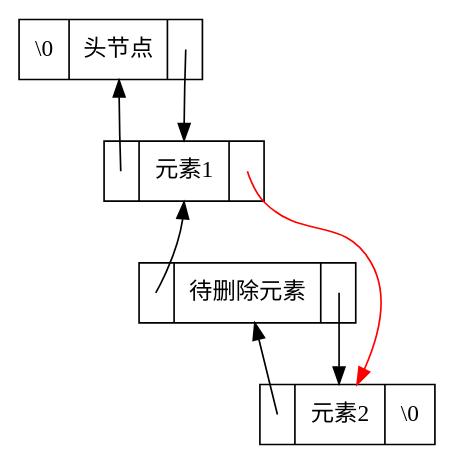
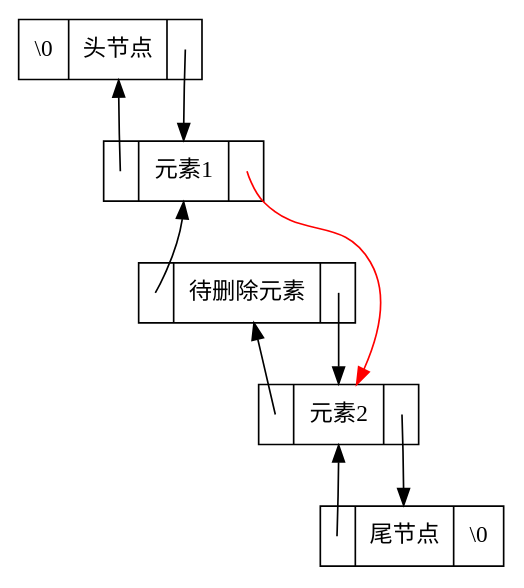
Diagram 27 of 31 in src/第一章-线性结构.md (xavierwoo/data_structrues_notes), drawn with Graphviz before and after one commit. The commit also changed other lines of this file and 1 other file, not shown here.

````diff
--- a/src/第一章-线性结构.md
+++ b/src/第一章-线性结构.md
@@ -625,16 +1030,19 @@
 ```dot
 digraph G{
     node [shape = record ]
     H [label = "<p> \\0|<data> 头节点|<n> " ]
     A [label = "<p> |<data> 元素1|<n> "]
     B [label = "<p> |<data> 待删除元素|<n> " group="list"]
-    C [label = "<p> |<data> 元素2|<n> \\0" group="list"]
+    C [label = "<p> |<data> 元素2|<n> " group="list"]
     A:n->B:data[style=invis weight=100 minlen=1]
     A:n:c -> C:data:c [color=red minlen=2 tailclip=false]
     H:n:c -> A:data [tailclip=false]
     A:p:c -> H:data [tailclip=false]
     B:p:c -> A:data [tailclip=false]
     B:n:c -> C:data [tailclip=false ]
     C:p:c -> B:data:c [tailclip=false constraint=false]
+    T [label = "<p> |<data> 尾节点|<n> \\0"]
+    C:n:c -> T:data [tailclip=false]
+    T:p:c -> C:data [tailclip=false]
 }
 ```
````
